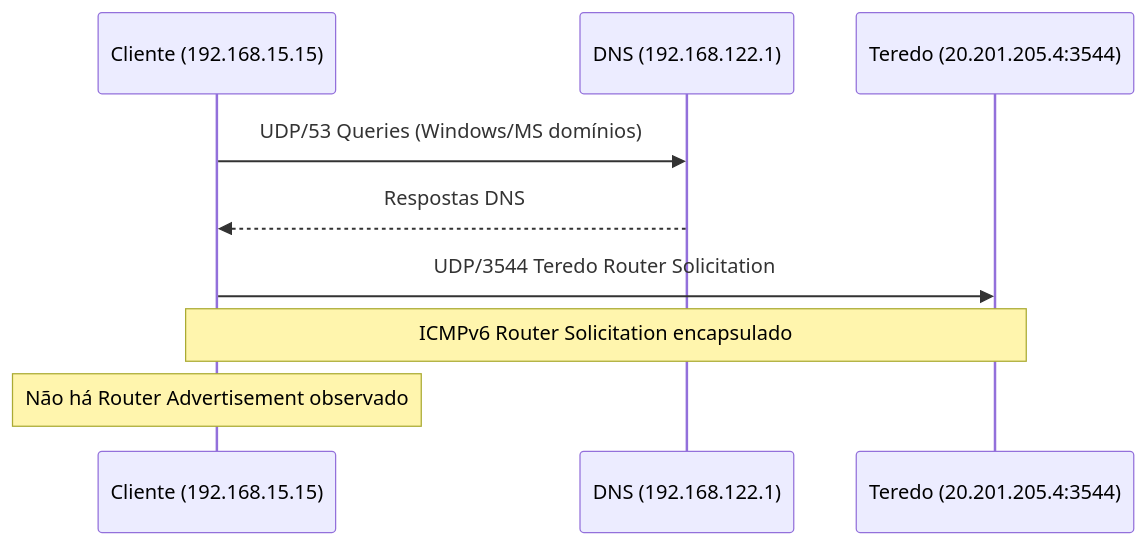
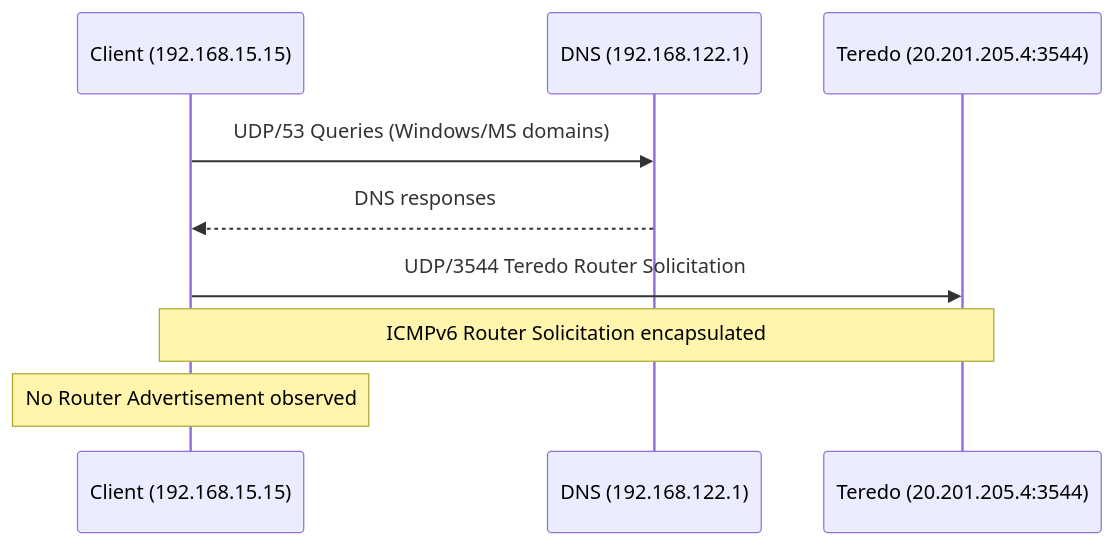
The second of 6 diagrams in docs/PCAP_FLOW_MAP.md (Pedrodroks34/radmin-vpn-linux-rs), drawn with Mermaid before and after one commit. The commit also changed other lines of this file and 5 other files, not shown here.

````diff
--- a/docs/PCAP_FLOW_MAP.md
+++ b/docs/PCAP_FLOW_MAP.md
@@ -85,12 +86,12 @@
 ```mermaid
 sequenceDiagram
-    participant C as Cliente (192.168.15.15)
+    participant C as Client (192.168.15.15)
     participant DNS as DNS (192.168.122.1)
     participant T as Teredo (20.201.205.4:3544)
 
-    C->>DNS: UDP/53 Queries (Windows/MS domínios)
-    DNS-->>C: Respostas DNS
+    C->>DNS: UDP/53 Queries (Windows/MS domains)
+    DNS-->>C: DNS responses
     C->>T: UDP/3544 Teredo Router Solicitation
-    note over C,T: ICMPv6 Router Solicitation encapsulado
-    note over C: Não há Router Advertisement observado
+    note over C,T: ICMPv6 Router Solicitation encapsulated
+    note over C: No Router Advertisement observed
 ```
````
